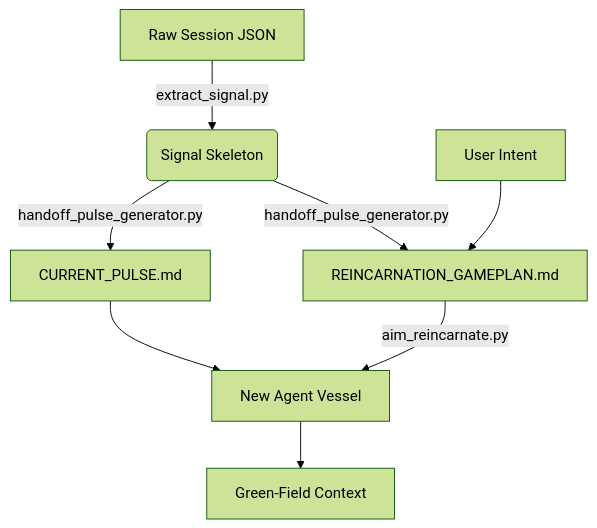
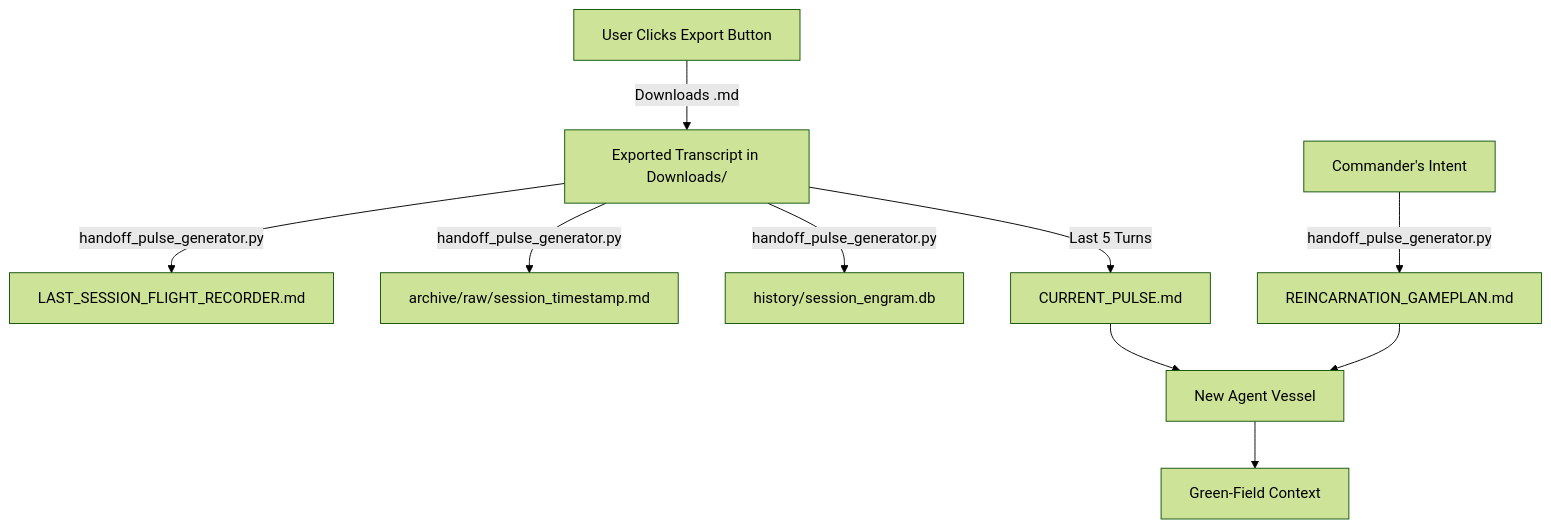
The diagram in antigravity.wiki/Reincarnation-Map.md (BrianV1981/aim-antigravity), drawn with Mermaid (forest theme) before and after one commit. The commit also changed other lines of this file and 2 other files, not shown here.

Commit message:
docs(wiki): update Reincarnation Map, Feature-Reincarnation-Gameplan, and Handoff-Architecture-Guide to reflect Antigravity-native pipeline

````diff
--- a/antigravity.wiki/Reincarnation-Map.md
+++ b/antigravity.wiki/Reincarnation-Map.md
@@ -49,10 +56,12 @@
 ```mermaid
 graph TD
-    A[Raw Session JSON] -->|extract_signal.py| B(Signal Skeleton)
-    B -->|handoff_pulse_generator.py| C[REINCARNATION_GAMEPLAN.md]
-    B -->|handoff_pulse_generator.py| D[CURRENT_PULSE.md]
-    E[User Intent] --> C
-    C -->|aim_reincarnate.py| F[New Agent Vessel]
-    D --> F
-    F --> G[Green-Field Context]
+    A[User Clicks Export Button] -->|Downloads .md| B[Exported Transcript in Downloads/]
+    B -->|handoff_pulse_generator.py| C[LAST_SESSION_FLIGHT_RECORDER.md]
+    B -->|handoff_pulse_generator.py| D[archive/raw/session_timestamp.md]
+    B -->|handoff_pulse_generator.py| E[history/session_engram.db]
+    B -->|Last 5 Turns| F[CURRENT_PULSE.md]
+    G[Commander's Intent] -->|handoff_pulse_generator.py| H[REINCARNATION_GAMEPLAN.md]
+    H --> I[New Agent Vessel]
+    F --> I
+    I --> J[Green-Field Context]
 ```
````
